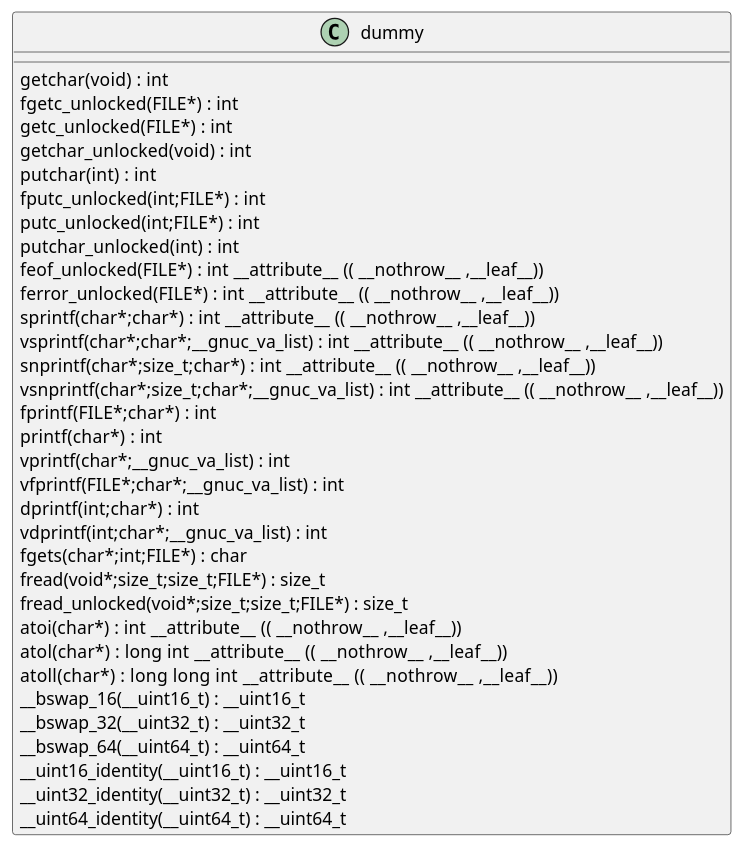
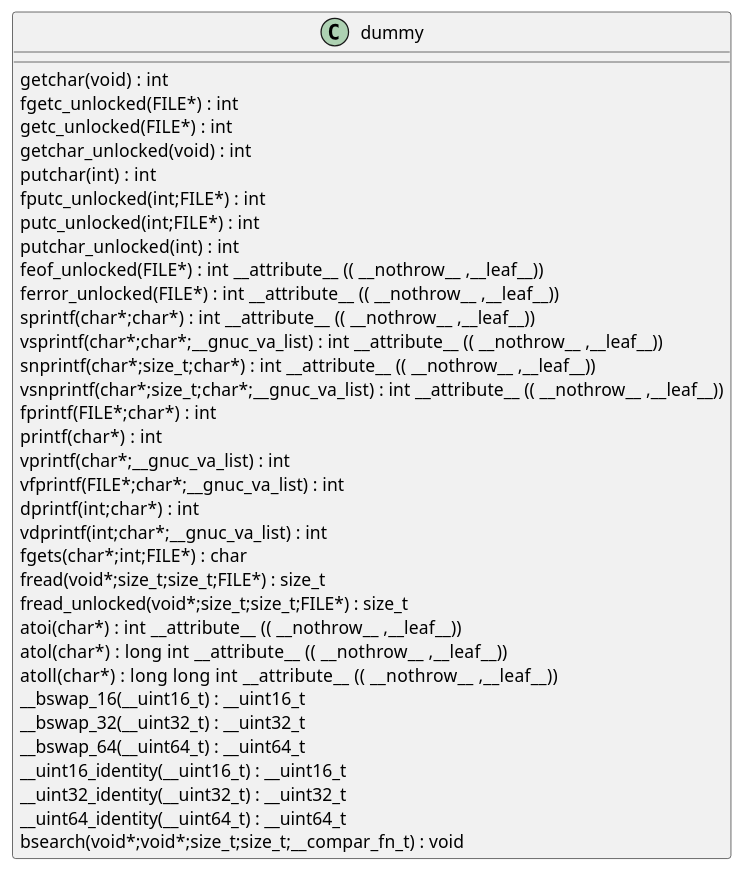
The diagram in docs/qc/crypto/x509/x509_trust.c.puml (qualitesys/openssl), drawn with PlantUML before and after one commit. The commit also changed 5123 other files, not shown here.

```diff
--- a/docs/qc/crypto/x509/x509_trust.c.puml
+++ b/docs/qc/crypto/x509/x509_trust.c.puml
@@ -1,37 +1,38 @@
 @startuml
 !pragma layout smetana
 class dummy {
 getchar(void) :  int  [[[./../../.././qc/crypto/x509/x509_trust.c.html#742]]]
 fgetc_unlocked(FILE*) :  int  [[[./../../.././qc/crypto/x509/x509_trust.c.html#751]]]
 getc_unlocked(FILE*) :  int  [[[./../../.././qc/crypto/x509/x509_trust.c.html#761]]]
 getchar_unlocked(void) :  int  [[[./../../.././qc/crypto/x509/x509_trust.c.html#768]]]
 putchar(int) :  int  [[[./../../.././qc/crypto/x509/x509_trust.c.html#777]]]
 fputc_unlocked(int;FILE*) :  int  [[[./../../.././qc/crypto/x509/x509_trust.c.html#786]]]
 putc_unlocked(int;FILE*) :  int  [[[./../../.././qc/crypto/x509/x509_trust.c.html#796]]]
 putchar_unlocked(int) :  int  [[[./../../.././qc/crypto/x509/x509_trust.c.html#803]]]
 feof_unlocked(FILE*) :  int  __attribute__ (( __nothrow__ ,__leaf__)) [[[./../../.././qc/crypto/x509/x509_trust.c.html#809]]]
 ferror_unlocked(FILE*) :  int  __attribute__ (( __nothrow__ ,__leaf__)) [[[./../../.././qc/crypto/x509/x509_trust.c.html#816]]]
 sprintf(char*;char*) :  int  __attribute__ (( __nothrow__ ,__leaf__)) [[[./../../.././qc/crypto/x509/x509_trust.c.html#835]]]
 vsprintf(char*;char*;__gnuc_va_list) :  int  __attribute__ (( __nothrow__ ,__leaf__)) [[[./../../.././qc/crypto/x509/x509_trust.c.html#848]]]
 snprintf(char*;size_t;char*) :  int  __attribute__ (( __nothrow__ ,__leaf__)) [[[./../../.././qc/crypto/x509/x509_trust.c.html#867]]]
 vsnprintf(char*;size_t;char*;__gnuc_va_list) :  int  __attribute__ (( __nothrow__ ,__leaf__)) [[[./../../.././qc/crypto/x509/x509_trust.c.html#881]]]
 fprintf(FILE*;char*) :  int  [[[./../../.././qc/crypto/x509/x509_trust.c.html#902]]]
 printf(char*) :  int  [[[./../../.././qc/crypto/x509/x509_trust.c.html#909]]]
 vprintf(char*;__gnuc_va_list) :  int  [[[./../../.././qc/crypto/x509/x509_trust.c.html#921]]]
 vfprintf(FILE*;char*;__gnuc_va_list) :  int  [[[./../../.././qc/crypto/x509/x509_trust.c.html#931]]]
 dprintf(int;char*) :  int  [[[./../../.././qc/crypto/x509/x509_trust.c.html#946]]]
 vdprintf(int;char*;__gnuc_va_list) :  int  [[[./../../.././qc/crypto/x509/x509_trust.c.html#957]]]
 fgets(char*;int;FILE*) :  char  [[[./../../.././qc/crypto/x509/x509_trust.c.html#976]]]
 fread(void*;size_t;size_t;FILE*) : size_t [[[./../../.././qc/crypto/x509/x509_trust.c.html#1002]]]
 fread_unlocked(void*;size_t;size_t;FILE*) : size_t [[[./../../.././qc/crypto/x509/x509_trust.c.html#1029]]]
 atoi(char*) :  int  __attribute__ (( __nothrow__ ,__leaf__)) [[[./../../.././qc/crypto/x509/x509_trust.c.html#1197]]]
 atol(char*) :  long  int  __attribute__ (( __nothrow__ ,__leaf__)) [[[./../../.././qc/crypto/x509/x509_trust.c.html#1202]]]
 atoll(char*) :  long  long  int  __attribute__ (( __nothrow__ ,__leaf__)) [[[./../../.././qc/crypto/x509/x509_trust.c.html#1209]]]
 __bswap_16(__uint16_t) : __uint16_t [[[./../../.././qc/crypto/x509/x509_trust.c.html#1362]]]
 __bswap_32(__uint32_t) : __uint32_t [[[./../../.././qc/crypto/x509/x509_trust.c.html#1377]]]
 __bswap_64(__uint64_t) : __uint64_t [[[./../../.././qc/crypto/x509/x509_trust.c.html#1387]]]
 __uint16_identity(__uint16_t) : __uint16_t [[[./../../.././qc/crypto/x509/x509_trust.c.html#1399]]]
 __uint32_identity(__uint32_t) : __uint32_t [[[./../../.././qc/crypto/x509/x509_trust.c.html#1405]]]
 __uint64_identity(__uint64_t) : __uint64_t [[[./../../.././qc/crypto/x509/x509_trust.c.html#1411]]]
+bsearch(void*;void*;size_t;size_t;__compar_fn_t) :  void  [[[./../../.././qc/crypto/x509/x509_trust.c.html#2079]]]
 } 
 @enduml
```
